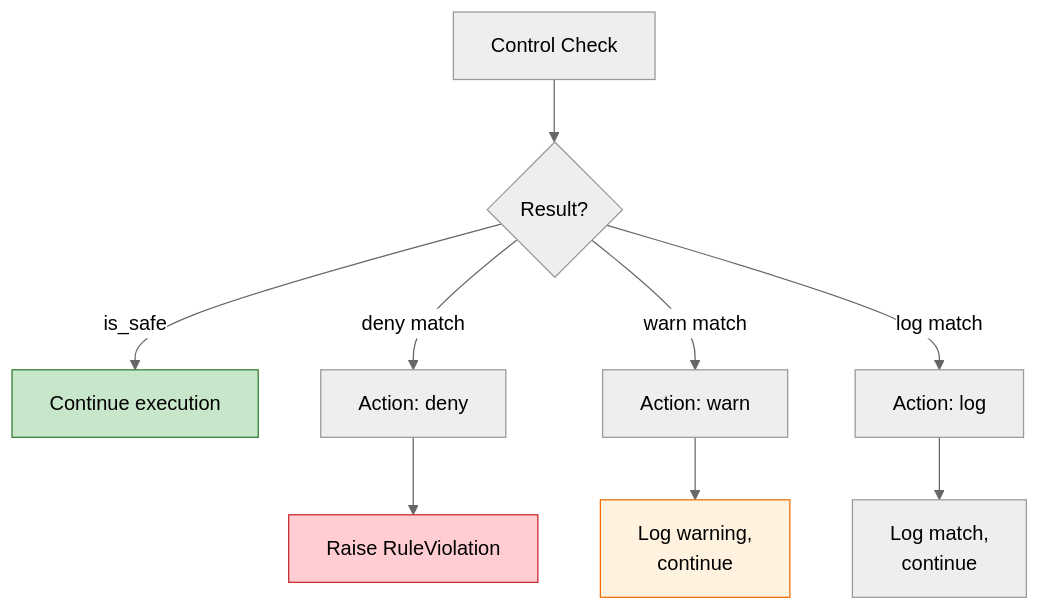
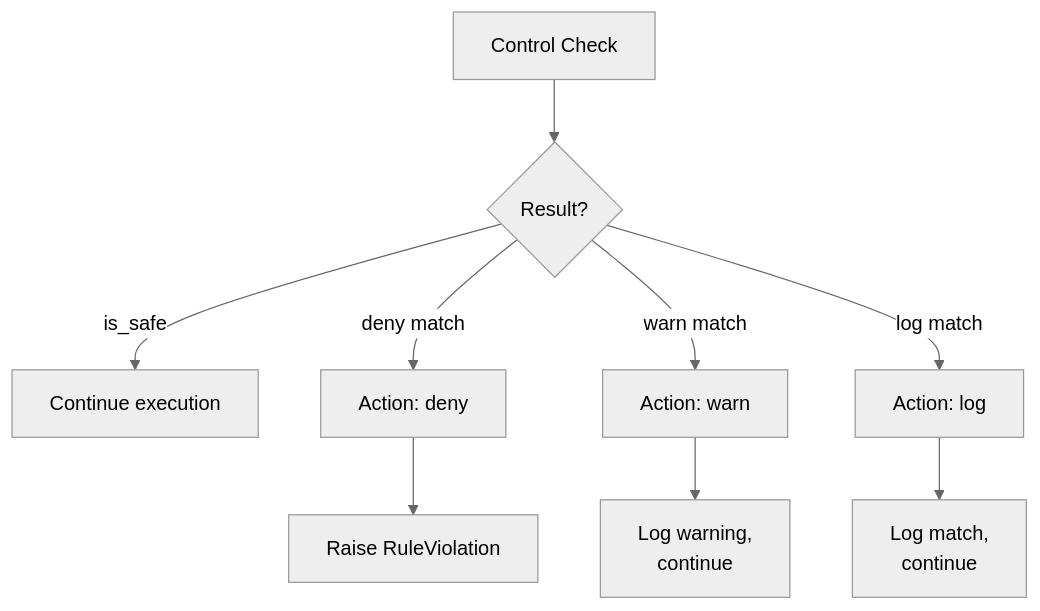
One commit to agentcontrol/agent-control changed diagram 11 of 11 in diagrams/08-protect-decorator-flow.md. Above: the diagram before and after it, drawn with Mermaid (neutral theme). The commit also changed other lines of this file and 9 other files, not shown here.

````diff
--- a/diagrams/08-protect-decorator-flow.md
+++ b/diagrams/08-protect-decorator-flow.md
@@ -232,30 +205,26 @@
 ```mermaid
 flowchart TD
     check["Control Check"]
     
     result{"Result?"}
     
     safe["Continue execution"]
     
     deny["Action: deny"]
     warn["Action: warn"]
     log["Action: log"]
     
     exception["Raise RuleViolation"]
     log_warning["Log warning,<br/>continue"]
     log_info["Log match,<br/>continue"]
 
     check --> result
     result -->|is_safe| safe
     result -->|deny match| deny
     result -->|warn match| warn
     result -->|log match| log
     
     deny --> exception
     warn --> log_warning
     log --> log_info
-
-    style exception fill:#ffcdd2,stroke:#c62828
-    style log_warning fill:#fff3e0,stroke:#ef6c00
-    style safe fill:#c8e6c9,stroke:#2e7d32
 ```
````
